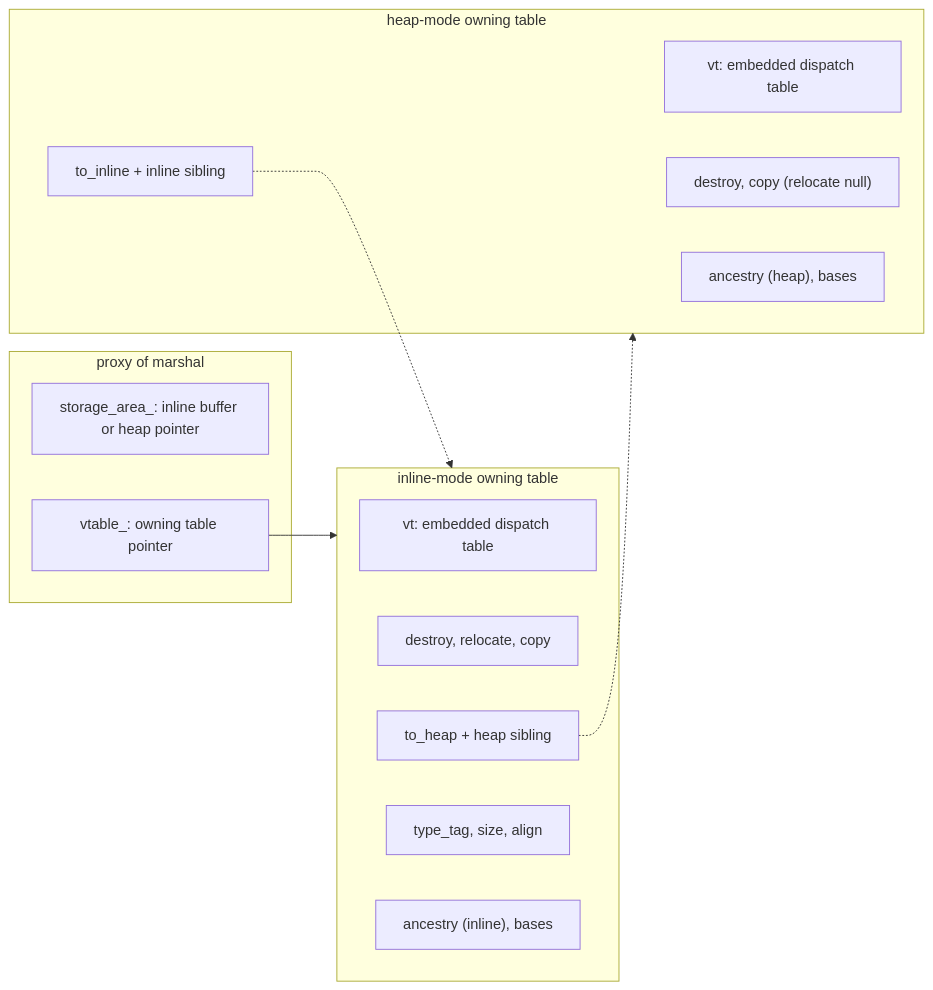
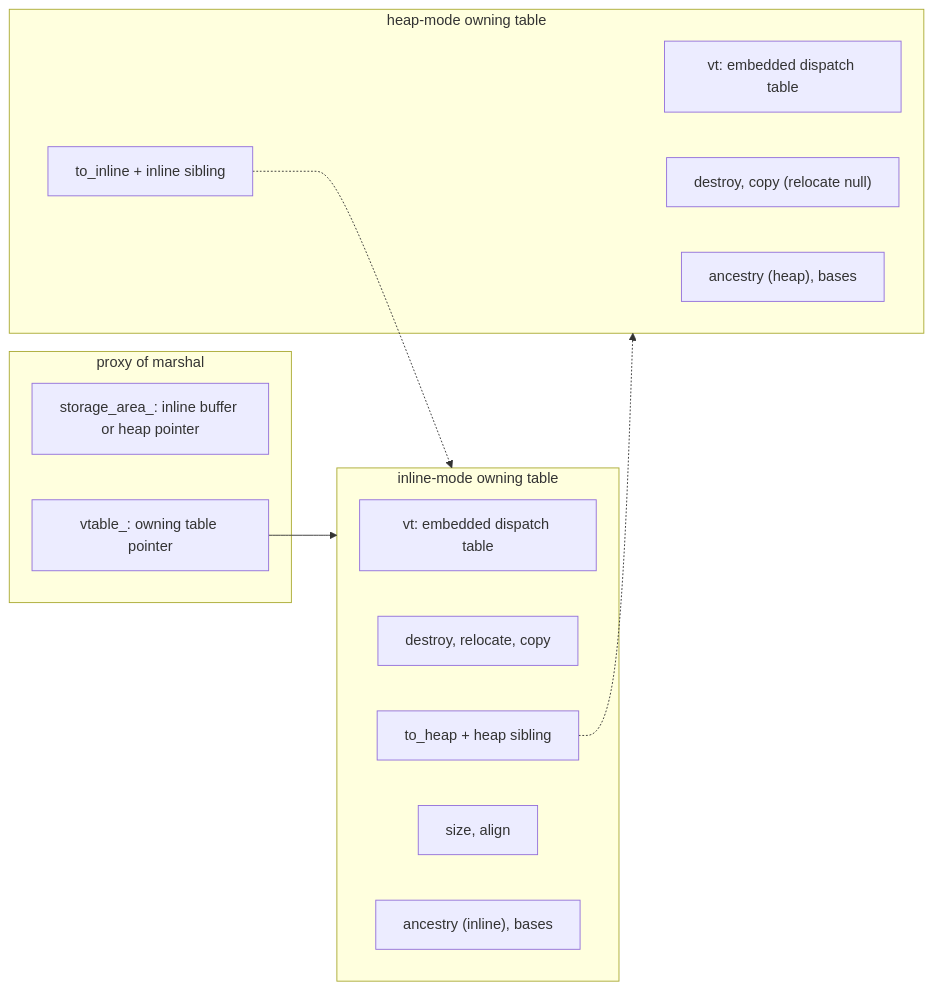
One commit to stevensudit/Corvid changed the sixth of 8 diagrams in corvid/meta/invoke/proxy.md. Above: the diagram before and after it, drawn with Mermaid. The commit also changed other lines of this file and 5 other files, not shown here.

````diff
--- a/corvid/meta/invoke/proxy.md
+++ b/corvid/meta/invoke/proxy.md
@@ -1625,23 +1635,23 @@
 ```mermaid
 flowchart LR
     subgraph P["proxy of marshal"]
         SB["storage_area_: inline buffer or heap pointer"]
         VP2["vtable_: owning table pointer"]
     end
     subgraph OS["inline-mode owning table"]
         V1["vt: embedded dispatch table"]
         L1["destroy, relocate, copy"]
         X1["to_heap + heap sibling"]
-        I1["type_tag, size, align"]
+        I1["size, align"]
         N1["ancestry (inline), bases"]
     end
     subgraph OH["heap-mode owning table"]
         V2["vt: embedded dispatch table"]
         L2["destroy, copy (relocate null)"]
         X2["to_inline + inline sibling"]
         N2["ancestry (heap), bases"]
     end
     VP2 --> OS
     X1 -.-> OH
     X2 -.-> OS
 ```
````
